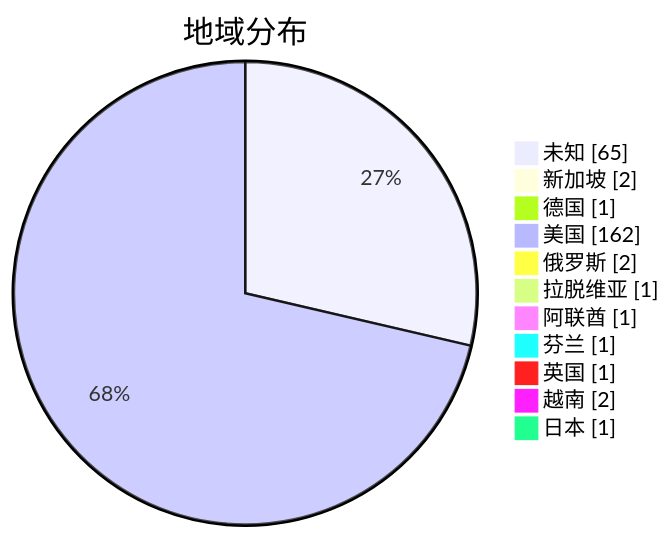
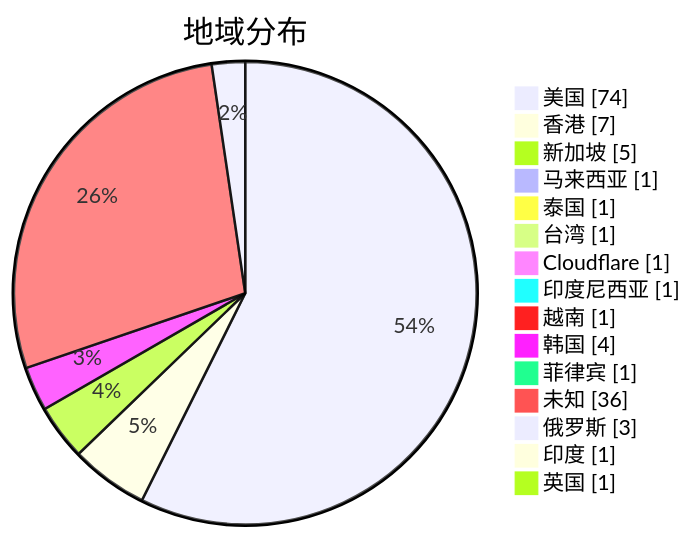
The second of 3 diagrams in subs/statistics/tested_within.md (sinspired/airport), drawn with Mermaid before and after one commit. The commit also changed other lines of this file and 2 other files, not shown here.

````diff
--- a/subs/statistics/tested_within.md
+++ b/subs/statistics/tested_within.md
@@ -16,15 +13,19 @@
 ```mermaid
 pie showData
 title 地域分布
-"未知" : 65
-"新加坡" : 2
-"德国" : 1
-"美国" : 162
-"俄罗斯" : 2
-"拉脱维亚" : 1
-"阿联酋" : 1
-"芬兰" : 1
+"美国" : 74
+"香港" : 7
+"新加坡" : 5
+"马来西亚" : 1
+"泰国" : 1
+"台湾" : 1
+"Cloudflare" : 1
+"印度尼西亚" : 1
+"越南" : 1
+"韩国" : 4
+"菲律宾" : 1
+"未知" : 36
+"俄罗斯" : 3
+"印度" : 1
 "英国" : 1
-"越南" : 2
-"日本" : 1
 ```
````
